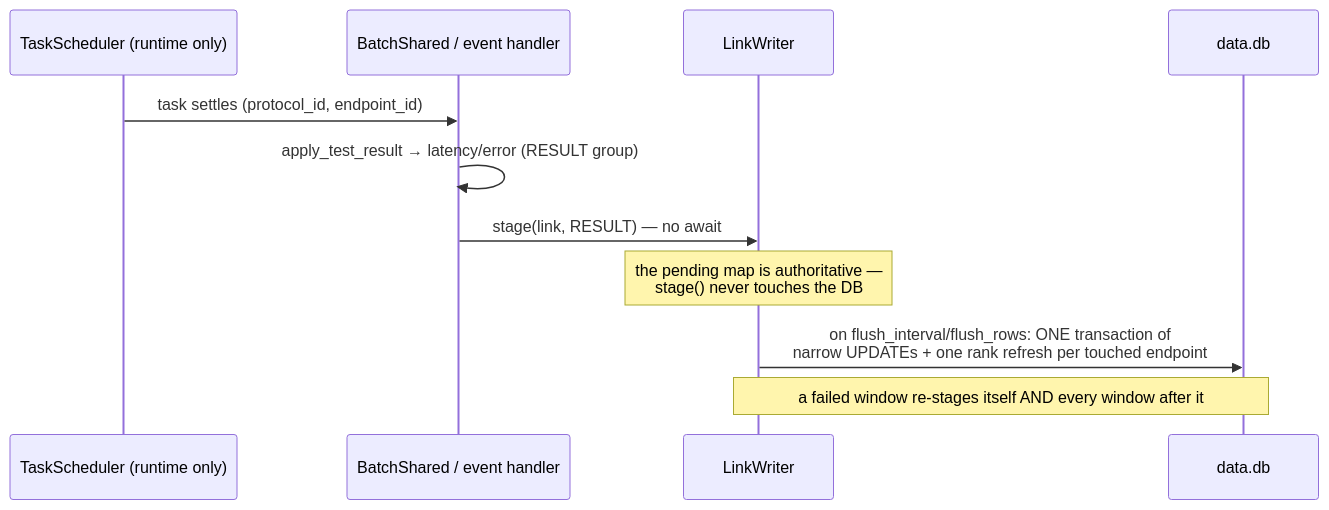
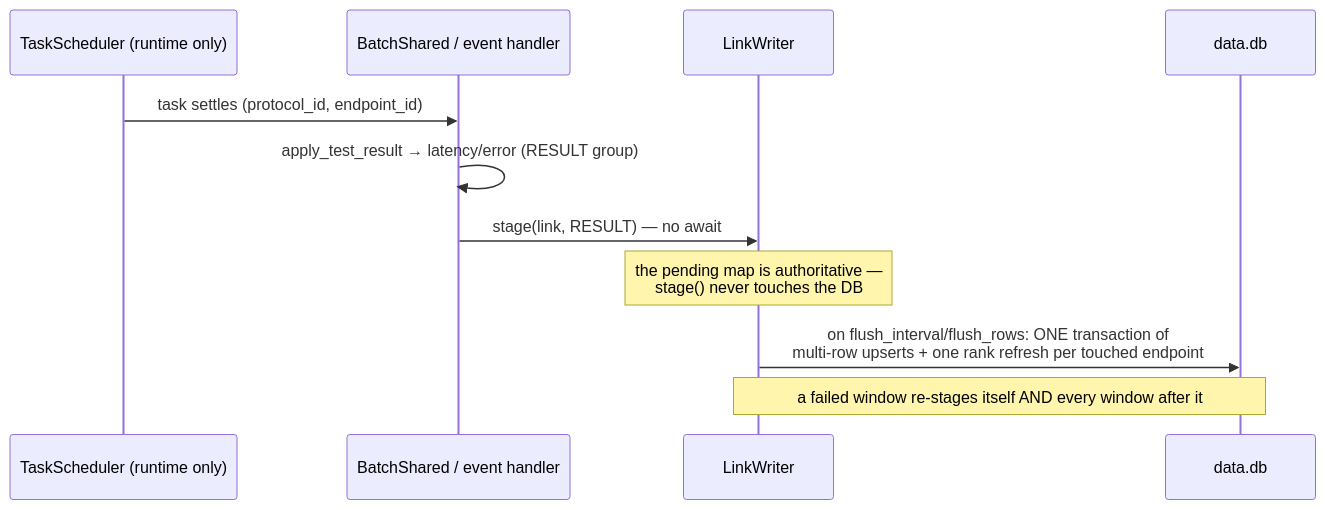
One commit to SaelKimberly/xray-tui changed the fifth of 7 diagrams in docs/database.md. Above: the diagram before and after it, drawn with Mermaid. The commit also changed other lines of this file and 12 other files, not shown here.

````diff
--- a/docs/database.md
+++ b/docs/database.md
@@ -369,13 +369,13 @@
 ```mermaid
 sequenceDiagram
     participant G as TaskScheduler (runtime only)
     participant B as BatchShared / event handler
     participant W as LinkWriter
     participant D as data.db
     G->>B: task settles (protocol_id, endpoint_id)
     B->>B: apply_test_result → latency/error (RESULT group)
     B->>W: stage(link, RESULT) — no await
     Note over W: the pending map is authoritative —<br/>stage() never touches the DB
-    W->>D: on flush_interval/flush_rows: ONE transaction of<br/>narrow UPDATEs + one rank refresh per touched endpoint
+    W->>D: on flush_interval/flush_rows: ONE transaction of<br/>multi-row upserts + one rank refresh per touched endpoint
     Note over W,D: a failed window re-stages itself AND every window after it
 ```
````
